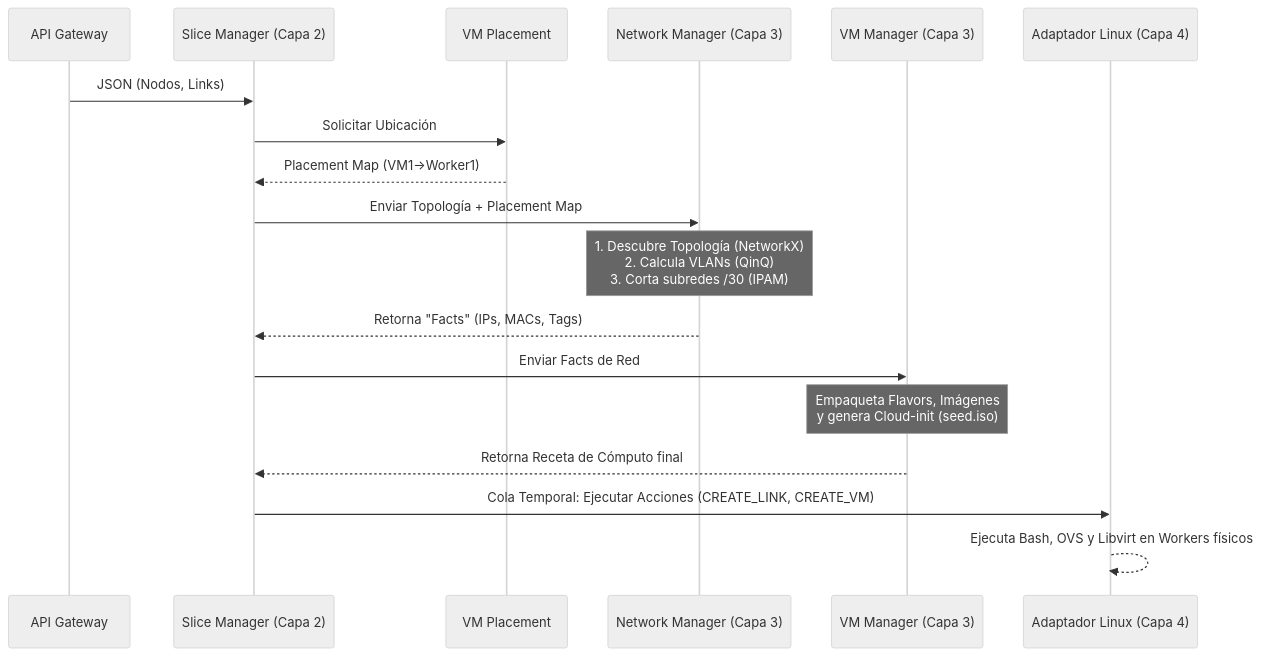
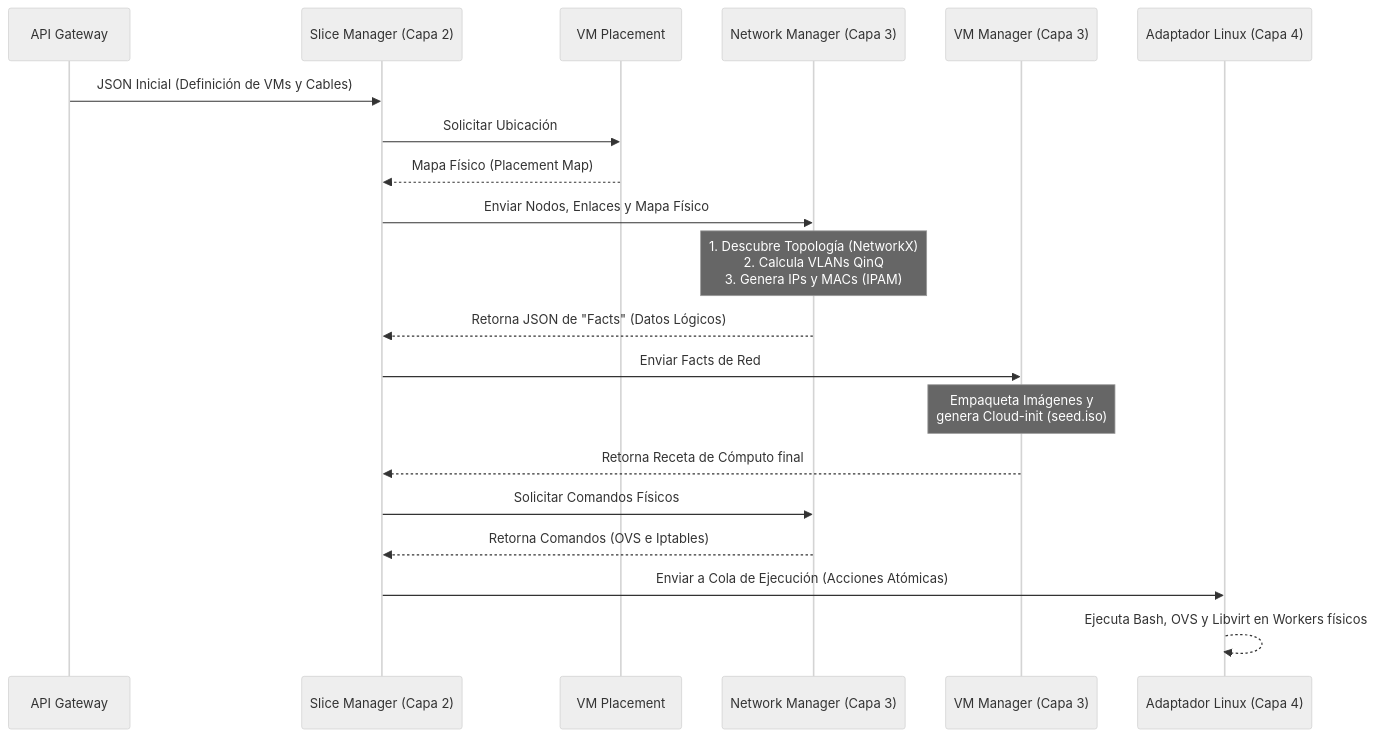
One commit to SheilaJB/TEL141_CLOUD_Proyecto changed the diagram in NetworkManager/README_ARQUITECTURA.md. Above: the diagram before and after it, drawn with Mermaid (neutral theme). The commit also changed other lines of this file and 16 other files, not shown here.

````diff
--- a/NetworkManager/README_ARQUITECTURA.md
+++ b/NetworkManager/README_ARQUITECTURA.md
@@ -54,24 +28,27 @@
 ```mermaid
 sequenceDiagram
     participant API as API Gateway
     participant SM as Slice Manager (Capa 2)
     participant VP as VM Placement
     participant NM as Network Manager (Capa 3)
     participant VM as VM Manager (Capa 3)
     participant AL as Adaptador Linux (Capa 4)
 
-    API->>SM: JSON (Nodos, Links)
+    API->>SM: JSON Inicial (Definición de VMs y Cables)
     SM->>VP: Solicitar Ubicación
-    VP-->>SM: Placement Map (VM1->Worker1)
+    VP-->>SM: Mapa Físico (Placement Map)
     
-    SM->>NM: Enviar Topología + Placement Map
-    Note over NM: 1. Descubre Topología (NetworkX)<br>2. Calcula VLANs (QinQ)<br>3. Corta subredes /30 (IPAM)
-    NM-->>SM: Retorna "Facts" (IPs, MACs, Tags)
+    SM->>NM: Enviar Nodos, Enlaces y Mapa Físico
+    Note over NM: 1. Descubre Topología (NetworkX)<br>2. Calcula VLANs QinQ<br>3. Genera IPs y MACs (IPAM)
+    NM-->>SM: Retorna JSON de "Facts" (Datos Lógicos)
     
     SM->>VM: Enviar Facts de Red
-    Note over VM: Empaqueta Flavors, Imágenes<br>y genera Cloud-init (seed.iso)
+    Note over VM: Empaqueta Imágenes y<br>genera Cloud-init (seed.iso)
     VM-->>SM: Retorna Receta de Cómputo final
     
-    SM->>AL: Cola Temporal: Ejecutar Acciones (CREATE_LINK, CREATE_VM)
+    SM->>NM: Solicitar Comandos Físicos
+    NM-->>SM: Retorna Comandos (OVS e Iptables)
+    
+    SM->>AL: Enviar a Cola de Ejecución (Acciones Atómicas)
     AL-->>AL: Ejecuta Bash, OVS y Libvirt en Workers físicos
 ```
````
